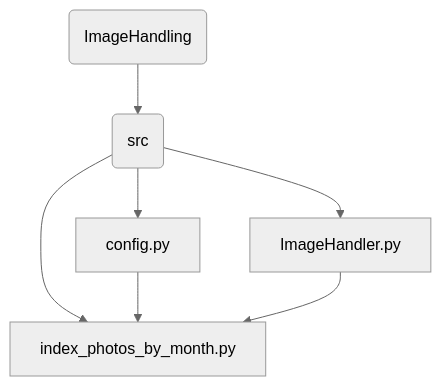
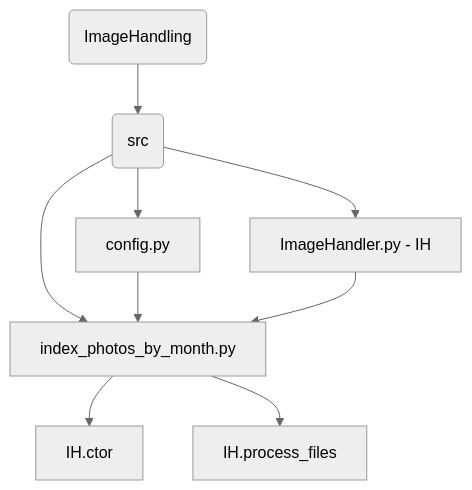
One commit to aadennis/PythonSandboxAA changed the diagram in ImageHandling/docs/photo_indexer.md. Above: the diagram before and after it, drawn with Mermaid (neutral theme).

````diff
--- a/ImageHandling/docs/photo_indexer.md
+++ b/ImageHandling/docs/photo_indexer.md
@@ -6,18 +6,24 @@
 ```mermaid
-
+%% conventions: folders-F, modules-M,methods-m
 graph TD
 %% Nodes
     F1(ImageHandling)
     F2(src)
     M1[index_photos_by_month.py]
     M2[config.py]
-    M3[ImageHandler.py]
+    M3[ImageHandler.py - IH]
+    m1[IH.ctor]
+    m2[IH.process_files]
 %% Node connections
     F1 --> F2
     F2 --> M1
     F2 --> M2
     F2 --> M3
     M2 --> M1
     M3 --> M1
+    M1 --> m1
+    M1 --> m2
+    
+
     
 ```
````
